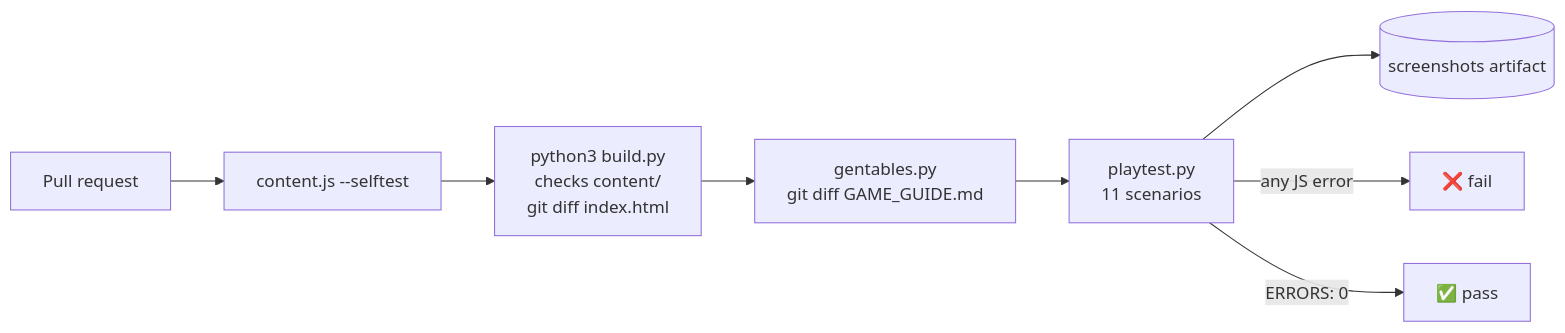
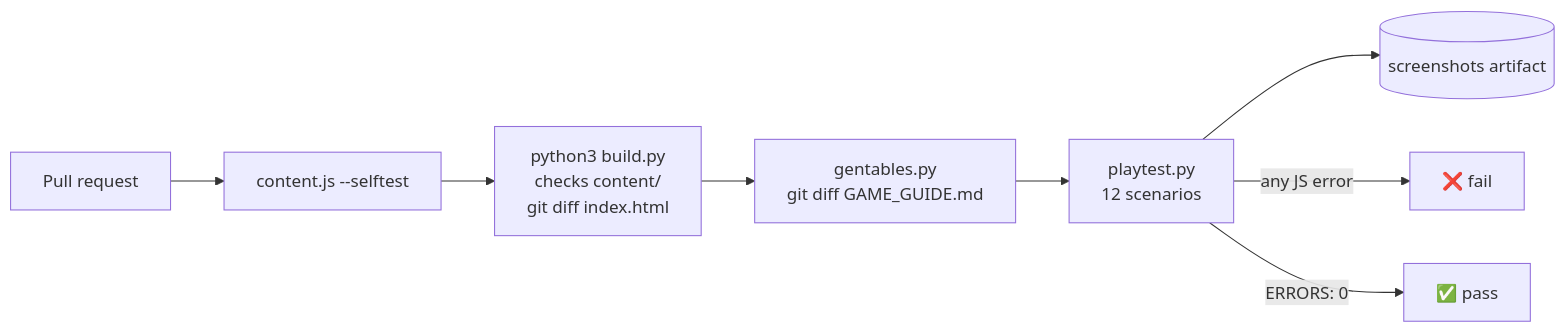
The fourth of 4 diagrams in docs/TESTING.md (CptNope/Laternfall), drawn with Mermaid before and after one commit. The commit also changed other lines of this file and 21 other files, not shown here.

````diff
--- a/docs/TESTING.md
+++ b/docs/TESTING.md
@@ -237,9 +239,9 @@
 ```mermaid
 flowchart LR
     PR[Pull request] --> CS[content.js --selftest] --> B[python3 build.py<br/>checks content/<br/>git diff index.html]
     B --> GG[gentables.py<br/>git diff GAME_GUIDE.md]
-    GG --> PT[playtest.py<br/>11 scenarios]
+    GG --> PT[playtest.py<br/>12 scenarios]
     PT --> A[(screenshots artifact)]
     PT -->|any JS error| X[❌ fail]
     PT -->|ERRORS: 0| OK[✅ pass]
 ```
````
